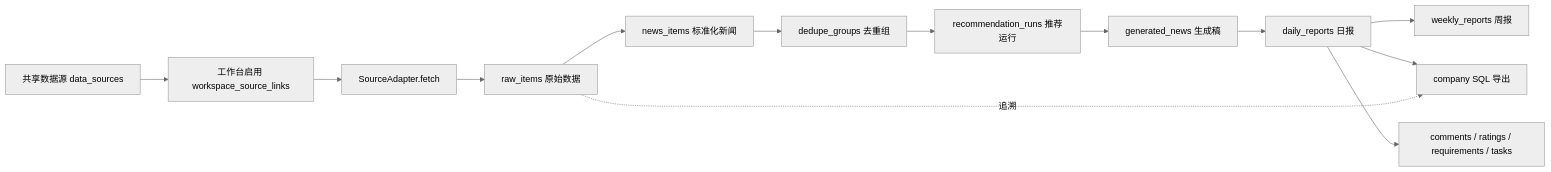
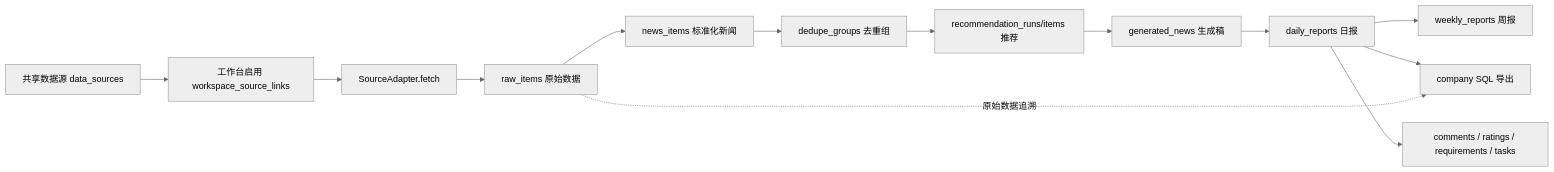
One commit to fefish/InfoWatchtower changed the first of 5 diagrams in docs/software-design-description.md. Above: the diagram before and after it, drawn with Mermaid (neutral theme). The commit also changed other lines of this file and 120 other files, not shown here.

````diff
--- a/docs/software-design-description.md
+++ b/docs/software-design-description.md
@@ -51,15 +85,15 @@
 ```mermaid
 flowchart LR
   A["共享数据源 data_sources"] --> B["工作台启用 workspace_source_links"]
   B --> C["SourceAdapter.fetch"]
   C --> D["raw_items 原始数据"]
   D --> E["news_items 标准化新闻"]
   E --> F["dedupe_groups 去重组"]
-  F --> G["recommendation_runs 推荐运行"]
+  F --> G["recommendation_runs/items 推荐"]
   G --> H["generated_news 生成稿"]
   H --> I["daily_reports 日报"]
   I --> J["weekly_reports 周报"]
   I --> K["company SQL 导出"]
   I --> L["comments / ratings / requirements / tasks"]
-  D -. "追溯" .-> K
+  D -. "原始数据追溯" .-> K
 ```
````
